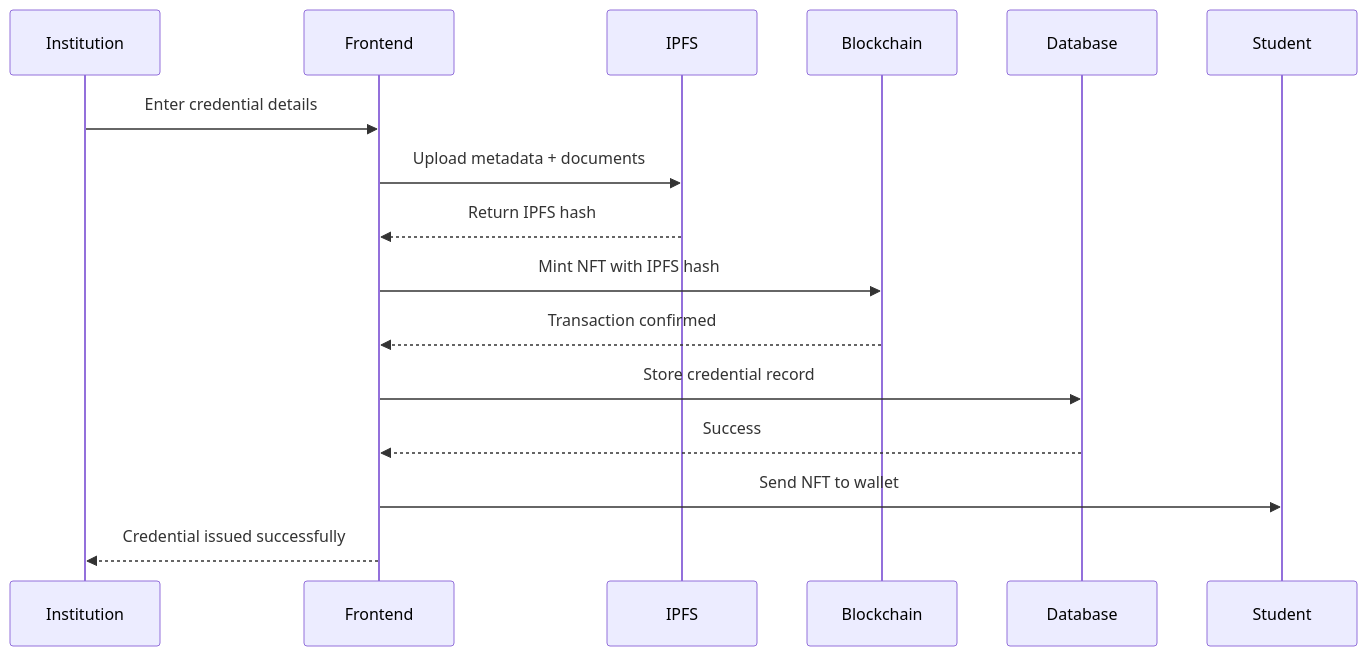
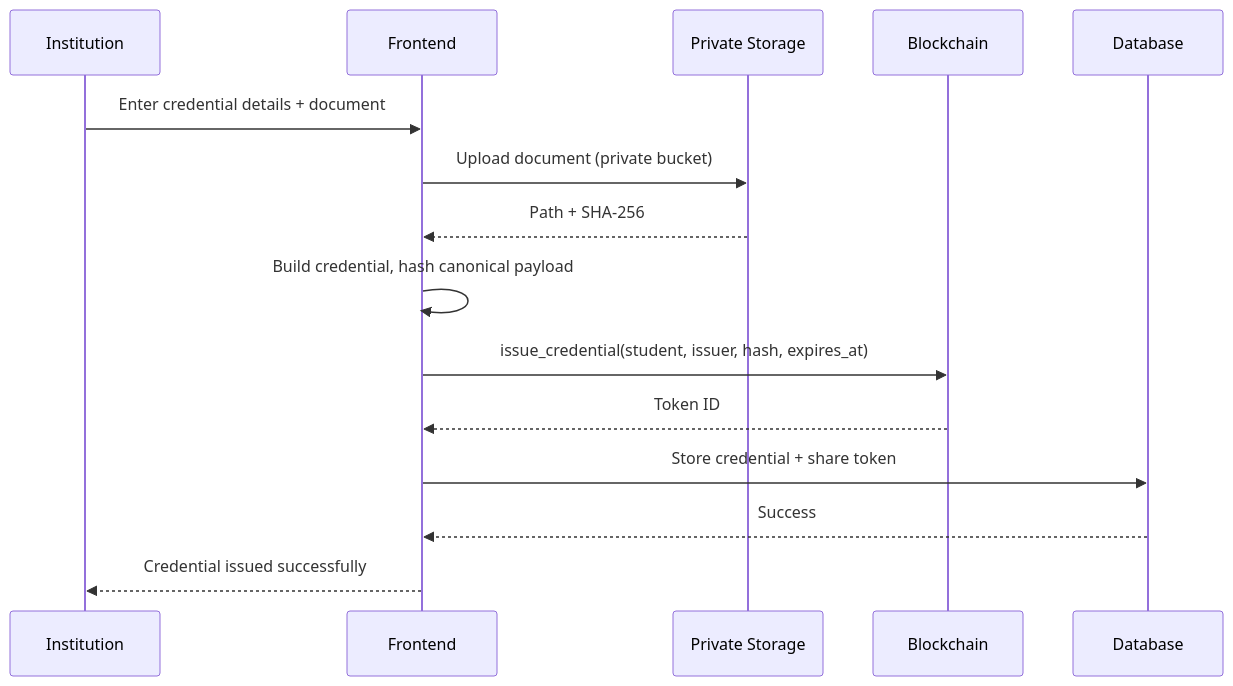
Before and after one commit to soumen0818/ACREDIA-STELLAR: the second of 3 diagrams in README.md, drawn with Mermaid. The commit also changed other lines of this file and 274 other files, not shown here.

````diff
--- a/README.md
+++ b/README.md
@@ -509,19 +511,18 @@
 ```mermaid
 sequenceDiagram
     participant Institution
     participant Frontend
-    participant IPFS
+    participant Storage as Private Storage
     participant Blockchain
     participant Database
-    participant Student
 
-    Institution->>Frontend: Enter credential details
-    Frontend->>IPFS: Upload metadata + documents
-    IPFS-->>Frontend: Return IPFS hash
-    Frontend->>Blockchain: Mint NFT with IPFS hash
-    Blockchain-->>Frontend: Transaction confirmed
-    Frontend->>Database: Store credential record
+    Institution->>Frontend: Enter credential details + document
+    Frontend->>Storage: Upload document (private bucket)
+    Storage-->>Frontend: Path + SHA-256
+    Frontend->>Frontend: Build credential, hash canonical payload
+    Frontend->>Blockchain: issue_credential(student, issuer, hash, expires_at)
+    Blockchain-->>Frontend: Token ID
+    Frontend->>Database: Store credential + share token
     Database-->>Frontend: Success
-    Frontend->>Student: Send NFT to wallet
     Frontend-->>Institution: Credential issued successfully
 ```
````
